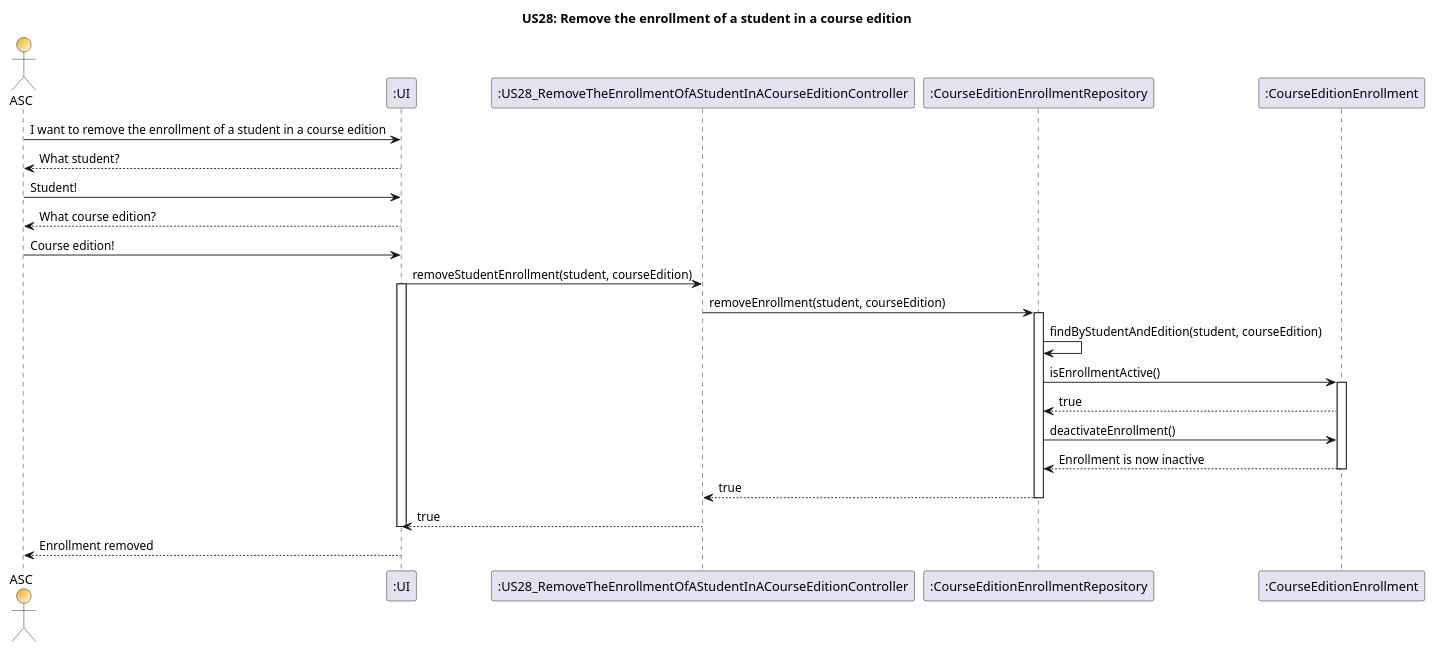
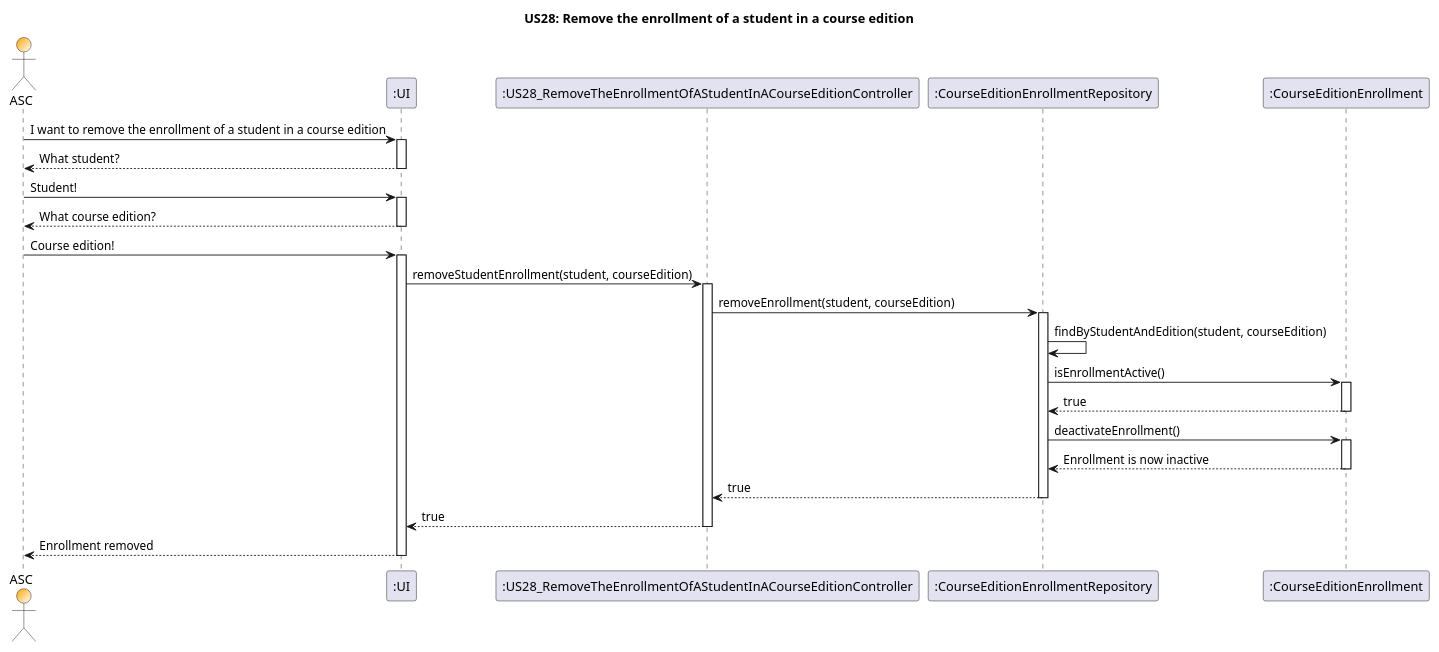
One commit to GasparISEP/DevOps-PAI changed the diagram in docs/US28/US28_RemoveTheEnrollmentOfAStudentInACourseEdition_SequenceDiagram.puml. Above: the diagram before and after it, drawn with PlantUML.

Commit message:
Fix US28_SequenceDiagram - Correct activation bars across all components

```diff
--- a/docs/US28/US28_RemoveTheEnrollmentOfAStudentInACourseEdition_SequenceDiagram.puml
+++ b/docs/US28/US28_RemoveTheEnrollmentOfAStudentInACourseEdition_SequenceDiagram.puml
@@ -1,38 +1,47 @@
 @startuml
 
 title US28: Remove the enrollment of a student in a course edition
 
 actor ASC #Orange/White
 participant ":UI" as UI
 participant ":US28_RemoveTheEnrollmentOfAStudentInACourseEditionController" as Controller
 participant ":CourseEditionEnrollmentRepository" as Repository
 participant ":CourseEditionEnrollment" as Enrollment
 
 ASC -> UI : I want to remove the enrollment of a student in a course edition
+activate UI
 UI --> ASC : What student?
+deactivate UI
 ASC -> UI : Student!
+activate UI
 UI --> ASC : What course edition?
+deactivate UI
 ASC -> UI : Course edition!
+activate UI
 
 UI -> Controller : removeStudentEnrollment(student, courseEdition)
-activate UI
+activate Controller
 
 Controller -> Repository : removeEnrollment(student, courseEdition)
 activate Repository
 Repository -> Repository : findByStudentAndEdition(student, courseEdition)
 
 Repository -> Enrollment : isEnrollmentActive()
 activate Enrollment
 Enrollment --> Repository : true
+deactivate Enrollment
+
 Repository -> Enrollment : deactivateEnrollment()
+activate Enrollment
 Enrollment --> Repository : Enrollment is now inactive
 deactivate Enrollment
 
 Repository --> Controller : true
 deactivate Repository
 
 Controller --> UI : true
+deactivate Controller
+UI --> ASC : Enrollment removed
 deactivate UI
-UI --> ASC : Enrollment removed
 
 @enduml
```
